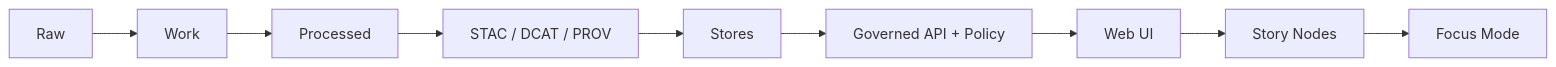
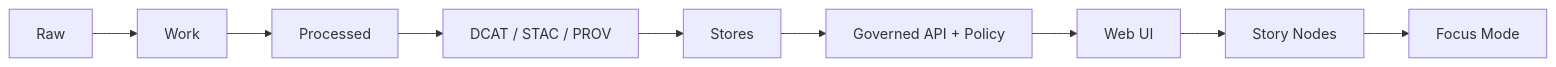
Before and after one commit to bartytime4life/Kansas-Frontier-Matrix: the third of 3 diagrams in docs/README.md, drawn with Mermaid. The commit also changed other lines of this file, not shown here.

````diff
--- a/docs/README.md
+++ b/docs/README.md
@@ -465,10 +489,10 @@
 ```mermaid
 flowchart LR
   Raw[Raw] --> Work[Work] --> Processed[Processed]
-  Processed --> Catalogs[STAC / DCAT / PROV]
+  Processed --> Catalogs[DCAT / STAC / PROV]
   Catalogs --> Stores[Stores]
   Stores --> API[Governed API + Policy]
   API --> UI[Web UI]
   UI --> Stories[Story Nodes]
   Stories --> Focus[Focus Mode]
 ```
````
